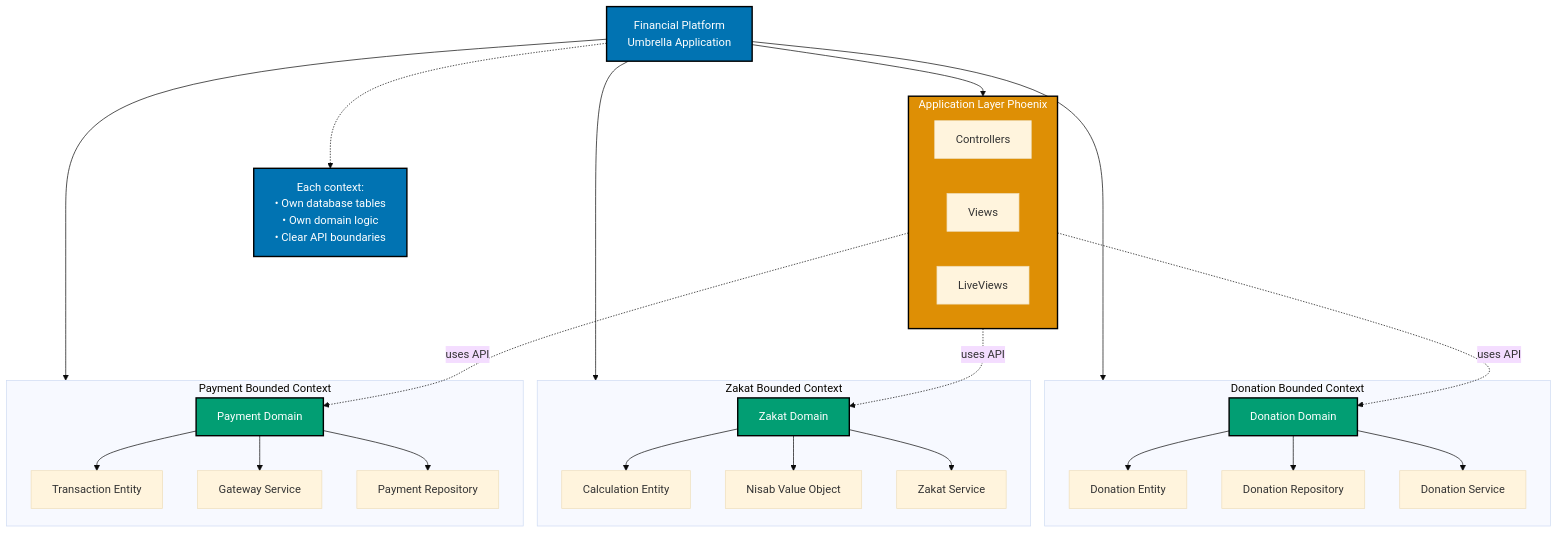
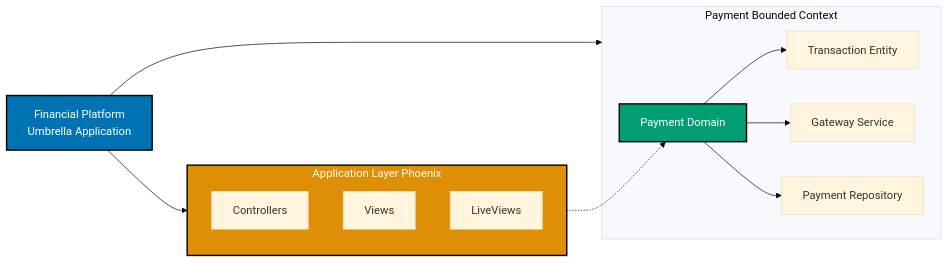
The second of 7 diagrams in docs/explanation/software-engineering/programming-languages/elixir/ddd-standards.md (wahidyankf/open-sharia-enterprise), drawn with Mermaid before and after one commit. The commit also changed other lines of this file and 16 other files, not shown here.

First line of the commit message:
fix(docs): fix mermaid violations in elixir docs

````diff
--- a/docs/explanation/software-engineering/programming-languages/elixir/ddd-standards.md
+++ b/docs/explanation/software-engineering/programming-languages/elixir/ddd-standards.md
@@ -200,66 +239,35 @@
 ```mermaid
 %%{init: {'theme':'base'}}%%
-graph TD
+graph LR
     App[Financial Platform<br/>Umbrella Application]
-
-    subgraph DonationBC["Donation Bounded Context"]
-        DonD[Donation Domain]
-        DonE[Donation Entity]
-        DonR[Donation Repository]
-        DonS[Donation Service]
-    end
-
-    subgraph ZakatBC["Zakat Bounded Context"]
-        ZakD[Zakat Domain]
-        ZakC[Calculation Entity]
-        ZakN[Nisab Value Object]
-        ZakS[Zakat Service]
-    end
 
     subgraph PaymentBC["Payment Bounded Context"]
         PayD[Payment Domain]
         PayT[Transaction Entity]
         PayG[Gateway Service]
         PayR[Payment Repository]
     end
 
     subgraph WebLayer["Application Layer Phoenix"]
         WebC[Controllers]
         WebV[Views]
         WebL[LiveViews]
     end
 
-    App --> DonationBC
-    App --> ZakatBC
     App --> PaymentBC
     App --> WebLayer
 
-    WebLayer -.->|uses API| DonD
-    WebLayer -.->|uses API| ZakD
-    WebLayer -.->|uses API| PayD
-
-    DonD --> DonE
-    DonD --> DonR
-    DonD --> DonS
-
-    ZakD --> ZakC
-    ZakD --> ZakN
-    ZakD --> ZakS
+    WebLayer -.-> PayD
 
     PayD --> PayT
     PayD --> PayG
     PayD --> PayR
-
-    Note1[Each context:<br/>• Own database tables<br/>• Own domain logic<br/>• Clear API boundaries]
-
-    App -.-> Note1
 
     classDef blue fill:#0173B2,stroke:#000000,color:#FFFFFF,stroke-width:2px
     classDef teal fill:#029E73,stroke:#000000,color:#FFFFFF,stroke-width:2px
     classDef orange fill:#DE8F05,stroke:#000000,color:#FFFFFF,stroke-width:2px
 
     class App blue
-    class DonD,ZakD,PayD teal
+    class PayD teal
     class WebLayer orange
-    class Note1 blue
 ```
````
